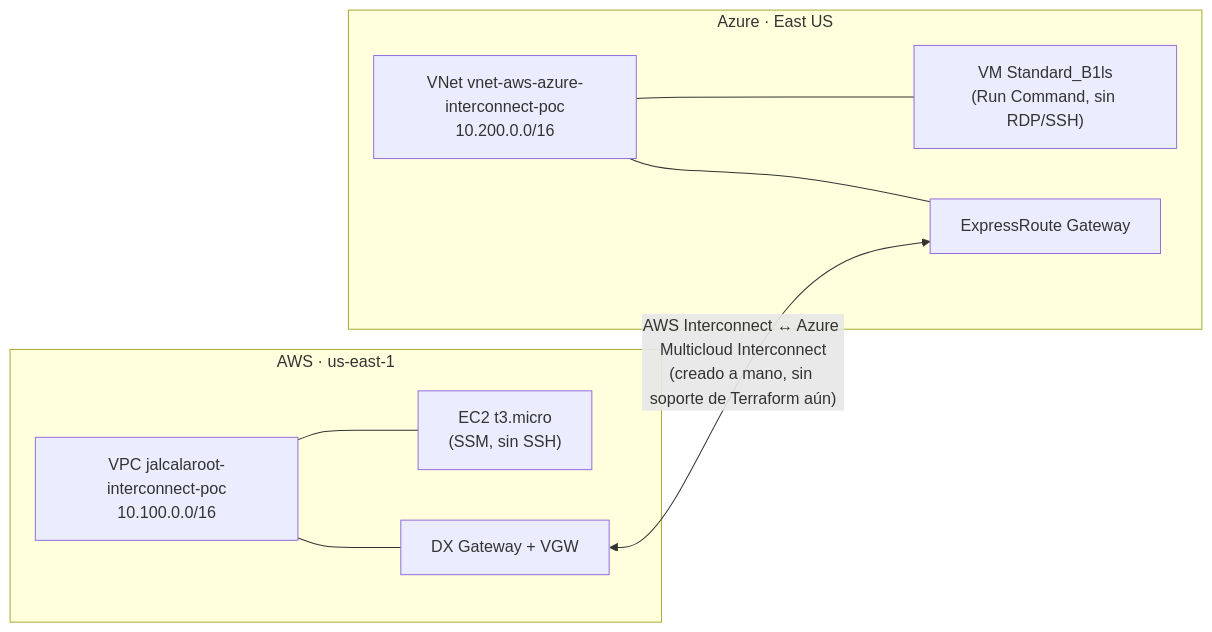
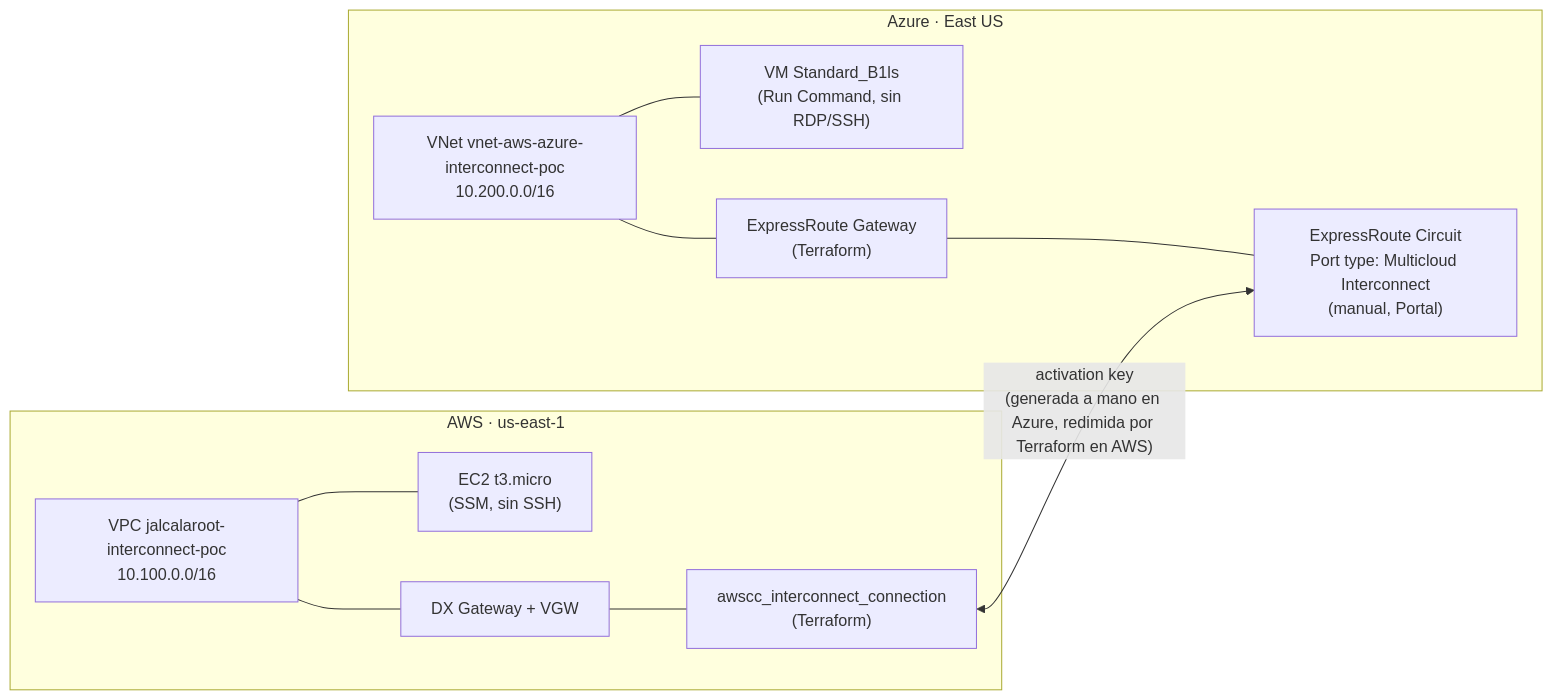
One commit to jalcalaroot/aws-azure-interconnect changed the diagram in README.md. Above: the diagram before and after it, drawn with Mermaid. The commit also changed other lines of this file and 6 other files, not shown here.

````diff
--- a/README.md
+++ b/README.md
@@ -9,20 +9,22 @@
 ```mermaid
 flowchart LR
     subgraph AWS["AWS · us-east-1"]
         vpc["VPC jalcalaroot-interconnect-poc\n10.100.0.0/16"]
         ec2["EC2 t3.micro\n(SSM, sin SSH)"]
         dxgw["DX Gateway + VGW"]
+        conn["awscc_interconnect_connection\n(Terraform)"]
         vpc --- ec2
-        vpc --- dxgw
+        vpc --- dxgw --- conn
     end
 
     subgraph Azure["Azure · East US"]
         vnet["VNet vnet-aws-azure-interconnect-poc\n10.200.0.0/16"]
         vm["VM Standard_B1ls\n(Run Command, sin RDP/SSH)"]
-        ergw["ExpressRoute Gateway"]
+        ergw["ExpressRoute Gateway\n(Terraform)"]
+        circuit["ExpressRoute Circuit\nPort type: Multicloud Interconnect\n(manual, Portal)"]
         vnet --- vm
-        vnet --- ergw
+        vnet --- ergw --- circuit
     end
 
-    dxgw <-->|"AWS Interconnect ↔ Azure Multicloud Interconnect\n(creado a mano, sin soporte de Terraform aún)"| ergw
+    conn <-->|"activation key\n(generada a mano en Azure, redimida por Terraform en AWS)"| circuit
 ```
````
